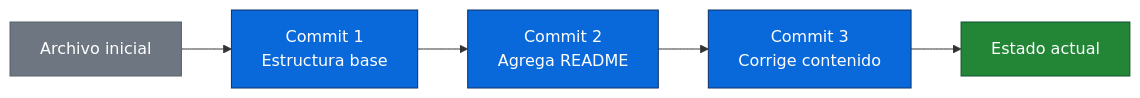
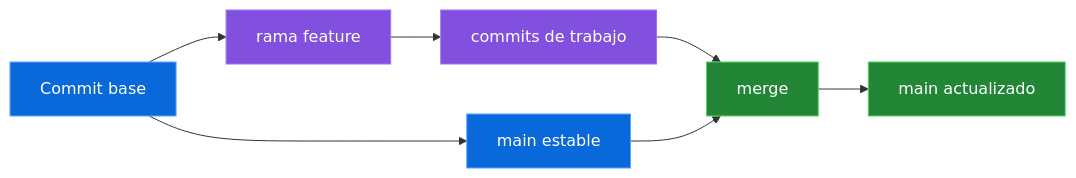
The sixth of 23 diagrams in README.md (7on2/curso-git-github-desde-cero), drawn with Mermaid before and after one commit. The commit also changed other lines of this file, not shown here.

````diff
--- a/README.md
+++ b/README.md
@@ -52,13 +284,16 @@
 ```mermaid
 flowchart LR
-    A["Archivo inicial"] --> B["Commit 1\nEstructura base"]
-    B --> C["Commit 2\nAgrega README"]
-    C --> D["Commit 3\nCorrige contenido"]
-    D --> E["Estado actual"]
+    A[Commit base] --> B[main estable]
+    A --> C[rama feature]
+    C --> D[commits de trabajo]
+    D --> E[merge]
+    B --> E
+    E --> F[main actualizado]
 
-    style A fill:#6e7781,stroke:#57606a,color:#ffffff
-    style B fill:#0969da,stroke:#0a3069,color:#ffffff
-    style C fill:#0969da,stroke:#0a3069,color:#ffffff
-    style D fill:#0969da,stroke:#0a3069,color:#ffffff
-    style E fill:#238636,stroke:#0f5132,color:#ffffff
+    style A fill:#0969da,stroke:#58a6ff,color:#ffffff
+    style B fill:#0969da,stroke:#58a6ff,color:#ffffff
+    style C fill:#8250df,stroke:#a371f7,color:#ffffff
+    style D fill:#8250df,stroke:#a371f7,color:#ffffff
+    style E fill:#238636,stroke:#56d364,color:#ffffff
+    style F fill:#238636,stroke:#56d364,color:#ffffff
 ```
````
